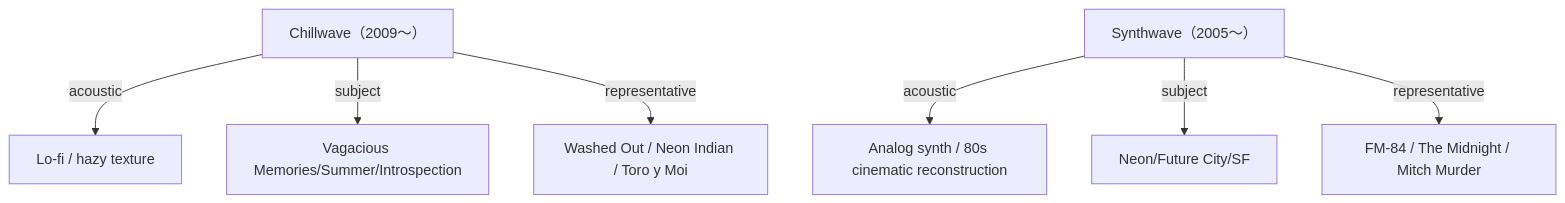
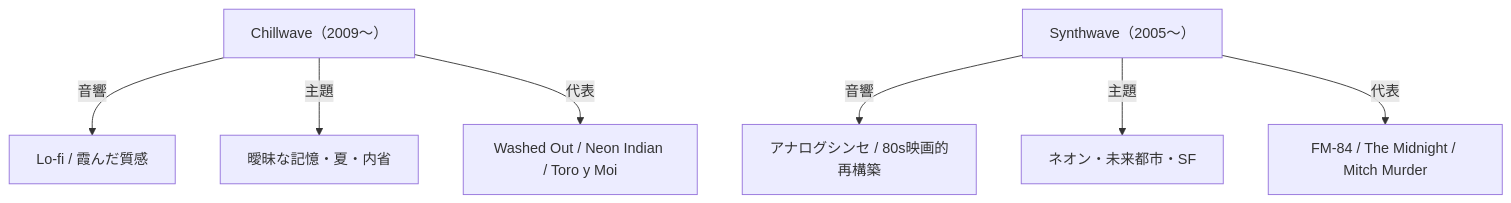
One commit to monumental-movement/monumental-movement.github.io changed the second of 2 diagrams in en/_posts/2025-12-08-column-chillwave-synthwave.md. Above: the diagram before and after it, drawn with Mermaid. The commit also changed other lines of this file and 775 other files, not shown here.

```diff
--- a/en/_posts/2025-12-08-column-chillwave-synthwave.md
+++ b/en/_posts/2025-12-08-column-chillwave-synthwave.md
@@ -178,10 +177,10 @@
 <div class="mermaid">
 flowchart TD
-    A["Chillwave（2009〜）"] -->|acoustic| B["Lo-fi / hazy texture"]
-    A -->|subject| C["Vagacious Memories/Summer/Introspection"]
-    A -->|representative| D["Washed Out / Neon Indian / Toro y Moi"]
+    A["Chillwave（2009〜）"] -->|音響| B["Lo-fi / 霞んだ質感"]
+    A -->|主題| C["曖昧な記憶・夏・内省"]
+    A -->|代表| D["Washed Out / Neon Indian / Toro y Moi"]
 
-    E["Synthwave（2005〜）"] -->|acoustic| F["Analog synth / 80s cinematic reconstruction"]
-    E -->|subject| G["Neon/Future City/SF"]
-    E -->|representative| H["FM-84 / The Midnight / Mitch Murder"]
+    E["Synthwave（2005〜）"] -->|音響| F["アナログシンセ / 80s映画的再構築"]
+    E -->|主題| G["ネオン・未来都市・SF"]
+    E -->|代表| H["FM-84 / The Midnight / Mitch Murder"]
 </div>
```
